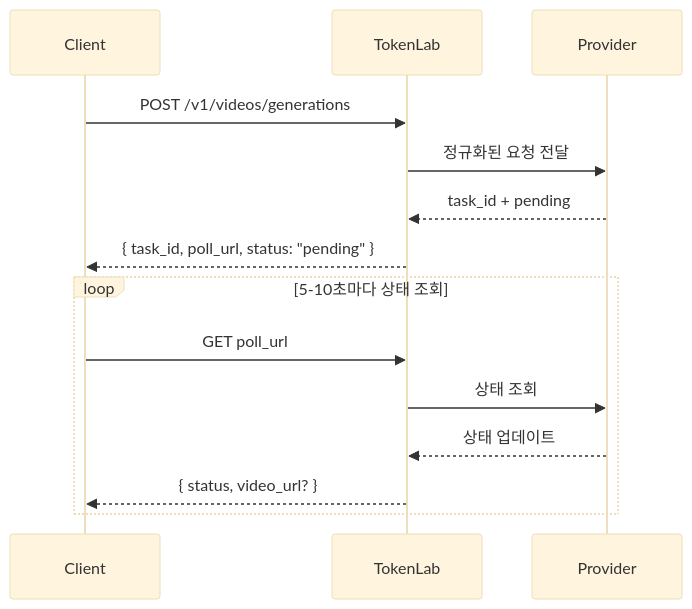
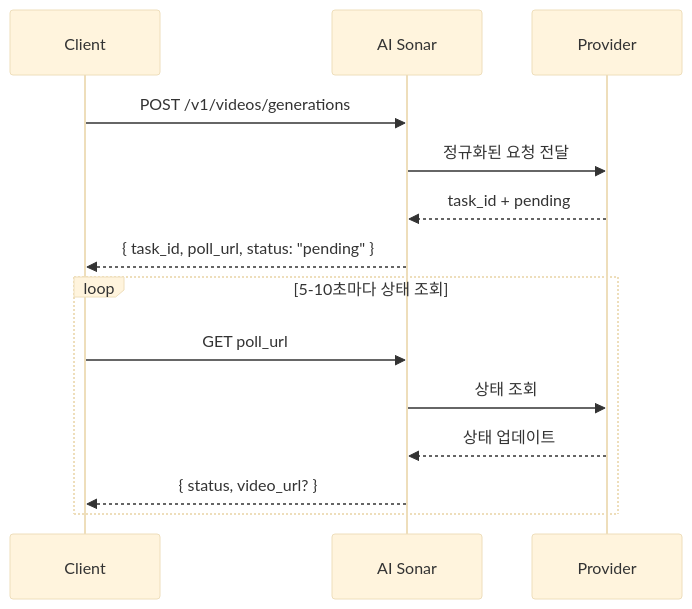
Before and after one commit to hedging8563/aisonar-docs: the diagram in ko/guides/video-generation.mdx, drawn with Mermaid (base theme). The commit also changed other lines of this file and 1036 other files, not shown here.

````diff
--- a/ko/guides/video-generation.mdx
+++ b/ko/guides/video-generation.mdx
@@ -26,18 +26,18 @@
 ```mermaid
 sequenceDiagram
     participant Client
-    participant TokenLab
+    participant AI Sonar
     participant Provider
 
-    Client->>TokenLab: POST /v1/videos/generations
-    TokenLab->>Provider: 정규화된 요청 전달
-    Provider-->>TokenLab: task_id + pending
-    TokenLab-->>Client: { task_id, poll_url, status: "pending" }
+    Client->>AI Sonar: POST /v1/videos/generations
+    AI Sonar->>Provider: 정규화된 요청 전달
+    Provider-->>AI Sonar: task_id + pending
+    AI Sonar-->>Client: { task_id, poll_url, status: "pending" }
 
     loop 5-10초마다 상태 조회
-        Client->>TokenLab: GET poll_url
-        TokenLab->>Provider: 상태 조회
-        Provider-->>TokenLab: 상태 업데이트
-        TokenLab-->>Client: { status, video_url? }
+        Client->>AI Sonar: GET poll_url
+        AI Sonar->>Provider: 상태 조회
+        Provider-->>AI Sonar: 상태 업데이트
+        AI Sonar-->>Client: { status, video_url? }
     end
 ```
````
